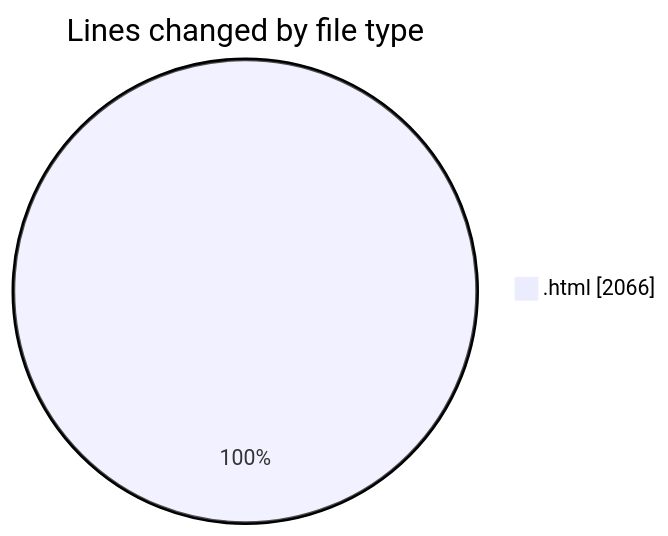
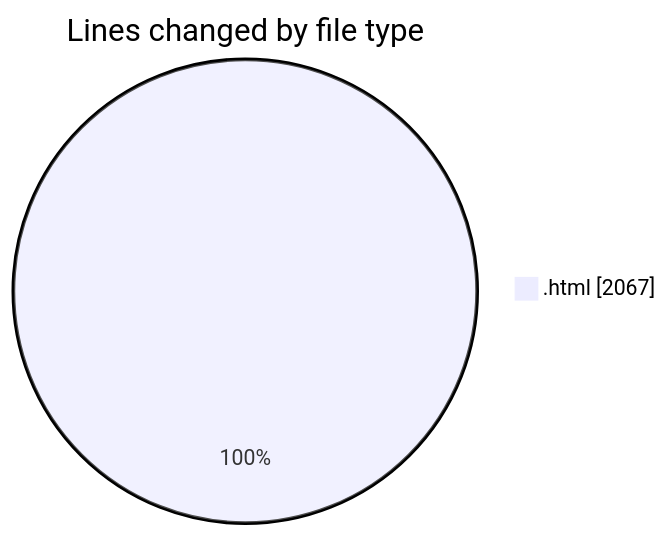
Before and after one commit to Ritupan-Deka/code-tracking: the first of 2 diagrams in 2025-06-17/projects/README.md, drawn with Mermaid. The commit also changed other lines of this file and 1 other file, not shown here.

````diff
--- a/2025-06-17/projects/README.md
+++ b/2025-06-17/projects/README.md
@@ -21,5 +21,5 @@
 ```mermaid
 pie showData
 title Lines changed by file type
-".html" : 2066
+".html" : 2067
 ```
````
